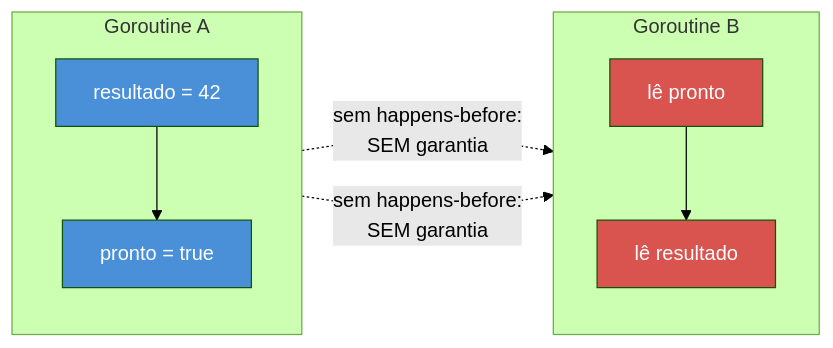
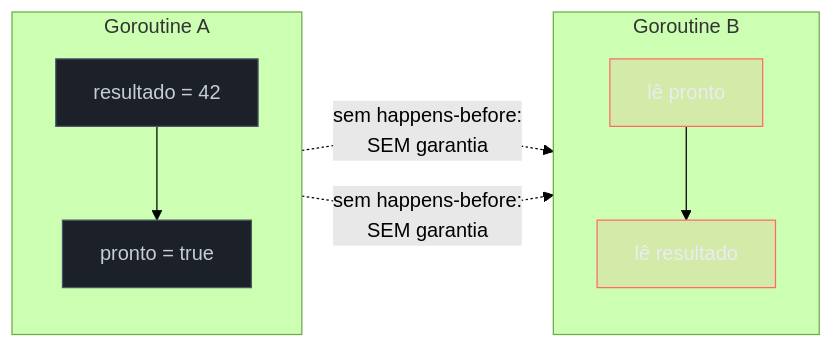
The first of 4 diagrams in 03-Dominios/Tecnologia/Go/17 - Runtime interno/07 - O memory model.md (josenaldo/codex-technomanticus), drawn with Mermaid (forest theme) before and after one commit. The commit also changed other lines of this file and 1181 other files, not shown here.

First line of the commit message:
fix(diagramas): paleta do sistema no lugar de cor cravada no markdown

````diff
--- a/03-Dominios/Tecnologia/Go/17 - Runtime interno/07 - O memory model.md
+++ b/03-Dominios/Tecnologia/Go/17 - Runtime interno/07 - O memory model.md
@@ -68,19 +68,21 @@
 ```mermaid
 flowchart LR
+    classDef neutro fill:#1B2029,stroke:#4E5666,color:#C6CCD8
+    classDef falha fill:#FF6B6B24,stroke:#FF6B6B,color:#E9ECF2
     subgraph G1["Goroutine A"]
         direction TB
         A1["resultado = 42"] --> A2["pronto = true"]
     end
     subgraph G2["Goroutine B"]
         direction TB
         B1["lê pronto"] --> B2["lê resultado"]
     end
 
     A2 -.->|"sem happens-before:\nSEM garantia"| B1
     A1 -.->|"sem happens-before:\nSEM garantia"| B2
 
-    style A1 fill:#4A90D9,color:#fff
-    style A2 fill:#4A90D9,color:#fff
-    style B1 fill:#D9534F,color:#fff
-    style B2 fill:#D9534F,color:#fff
+    class A1 neutro
+    class A2 neutro
+    class B1 falha
+    class B2 falha
 ```
````
